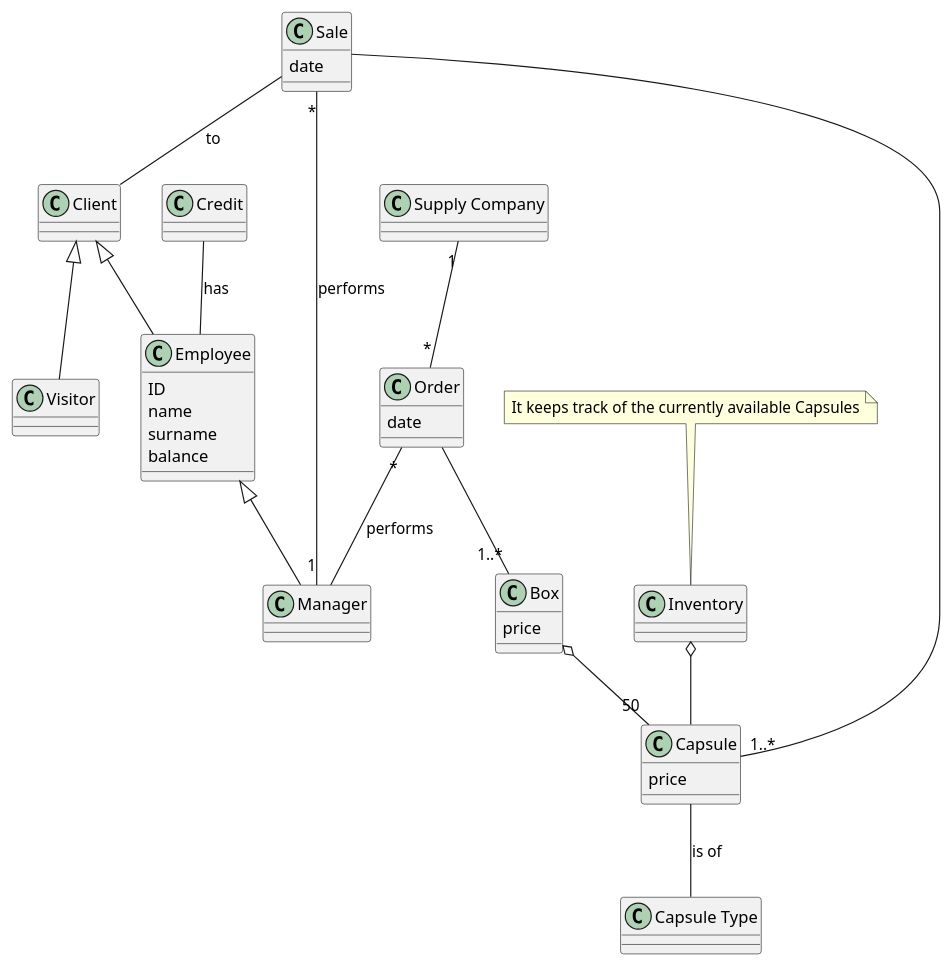
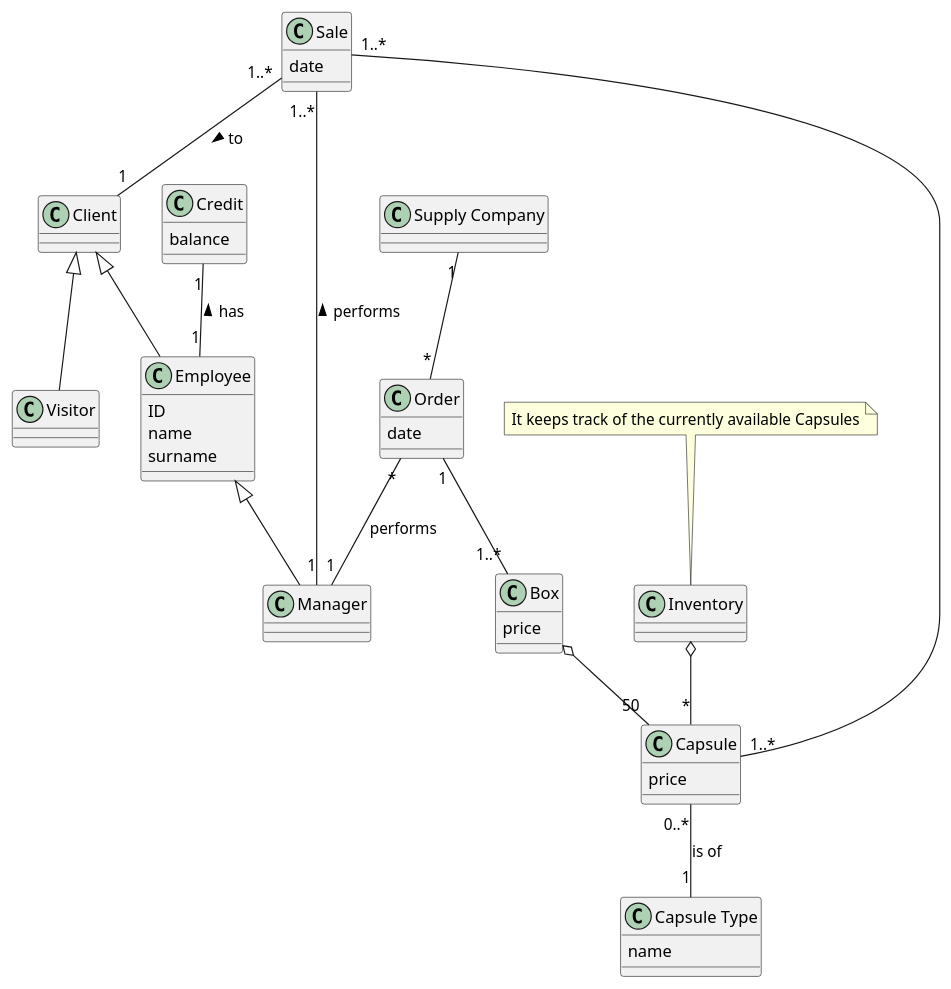
The third of 4 diagrams in Project/Requirements/RequirementDocument.md (roypaulin/laTazza), drawn with PlantUML before and after one commit.

Commit message:
update multiplicities on Glossary

````diff
--- a/Project/Requirements/RequirementDocument.md
+++ b/Project/Requirements/RequirementDocument.md
@@ -299,65 +299,66 @@
 ```plantuml
 class Visitor{
 }
 
 class Employee{
 ID
 name
 surname
-balance
 }
 
 class Client{
 }
 
 class "Supply Company"{
 }
 
 class Manager{
 }
 
 class Credit{
+balance
 }
 class Capsule{
 price
 }
 
 class "Capsule Type"{
+name
 }
 class Box {
 price
 }
 
 
 class Inventory{
 }
 
 class Sale{
 date
 }
 
 class Order{
 date
 }
 
-Order "*" -- Manager: performs
-Order -- "1..*" Box
+Order "*" -- "1" Manager: performs
+Order "1" -- "1..*" Box
 "Supply Company" "1" -- "*" Order 
 
-Sale "*" -- "1" Manager: performs
-Sale -- Client: to
-Sale -- "1..*" Capsule 
+Sale "1..*" -- "1" Manager: performs <
+Sale "1..*" -- "1" Client: to >
+Sale "1..*" -- "1..*" Capsule 
 
-Credit -- Employee: has
+Credit "1" -- "1" Employee: has <
 Box o-- “50” Capsule
-Inventory o-- Capsule
+Inventory o-- "*" Capsule
 
 Client <|-- Employee
 Client <|-- Visitor
 
 Employee <|-- Manager
 
-Capsule -- "Capsule Type": is of
+Capsule "0..*" -- "1" "Capsule Type": is of
 
-note top of Inventory: It keeps track of the currently available Capsules 
+note top of Inventory: It keeps track of the currently available Capsules
 ```
````
